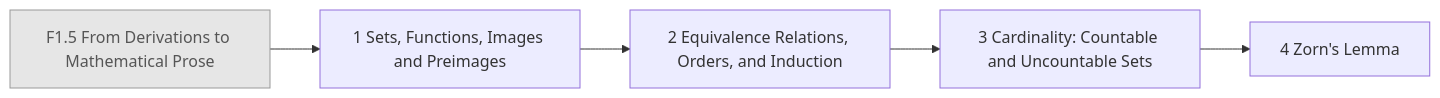
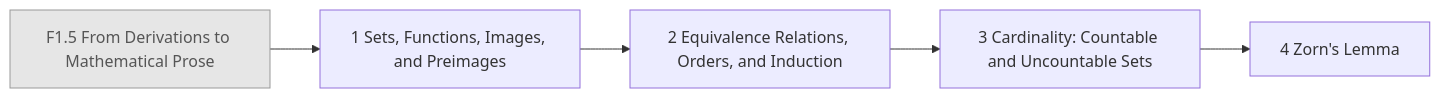
One commit to AkizumiFox/math-atlas changed the third of 26 diagrams in generated/README.md. Above: the diagram before and after it, drawn with Mermaid. The commit also changed other lines of this file and 24 other files, not shown here.

````diff
--- a/generated/README.md
+++ b/generated/README.md
@@ -90,15 +90,15 @@
 ```mermaid
 flowchart LR
   F1_5["F1.5 From Derivations to Mathematical Prose"]:::ext
-  F2_1["1 Sets, Functions, Images and Preimages"]
+  F2_1["1 Sets, Functions, Images, and Preimages"]
   F2_2["2 Equivalence Relations, Orders, and Induction"]
   F2_3["3 Cardinality: Countable and Uncountable Sets"]
   F2_4["4 Zorn's Lemma"]
   F1_5 --> F2_1
   F2_1 --> F2_2
   F2_2 --> F2_3
   F2_3 --> F2_4
   classDef ext fill:#e6e6e6,stroke:#999,color:#555
   classDef opt fill:#fff,stroke:#999,stroke-dasharray:4 3,color:#555
   classDef segb fill:#f6f6fb,stroke:#99a,color:#333
 ```
````
